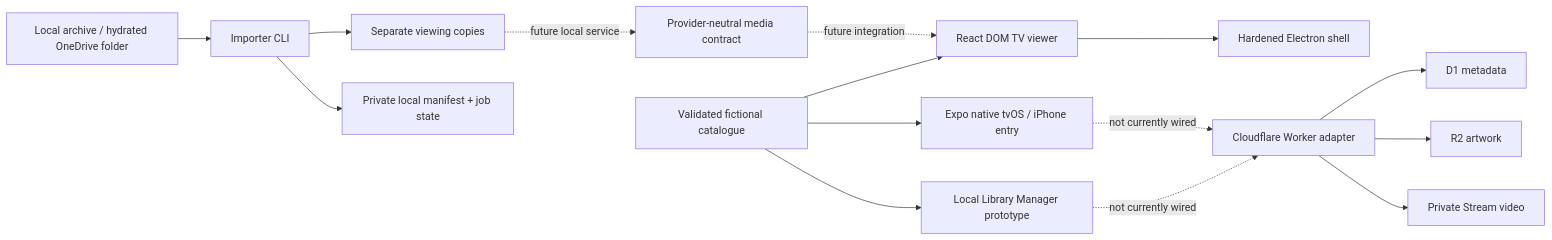
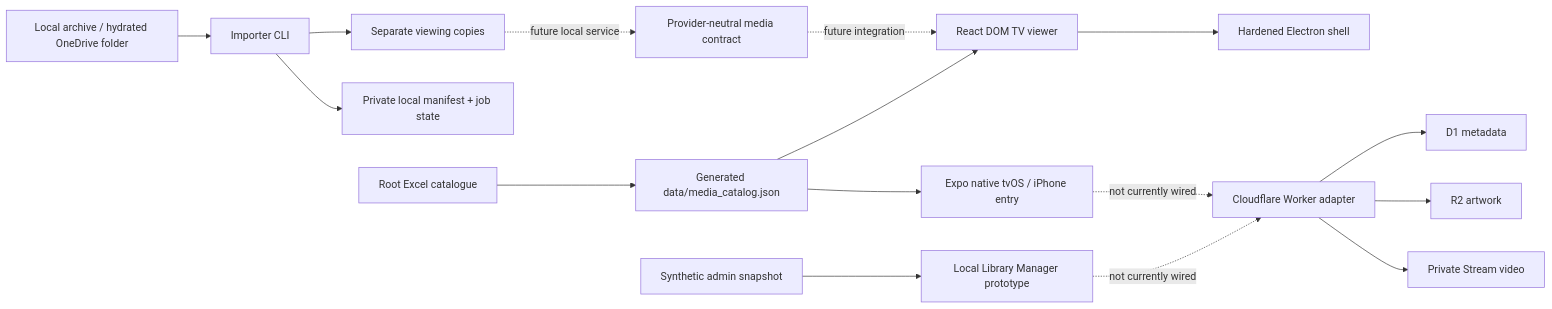
Before and after one commit to bramapeters97/lelibrambas-tv: the diagram in ARCHITECTURE.md, drawn with Mermaid. The commit also changed other lines of this file and 38 other files, not shown here.

````diff
--- a/ARCHITECTURE.md
+++ b/ARCHITECTURE.md
@@ -5,17 +5,18 @@
 ```mermaid
 flowchart LR
   Source["Local archive / hydrated OneDrive folder"] --> CLI["Importer CLI"]
   CLI --> Copies["Separate viewing copies"]
   CLI --> Manifest["Private local manifest + job state"]
-  Seed["Validated fictional catalogue"] --> Web["React DOM TV viewer"]
-  Seed --> Native["Expo native tvOS / iPhone entry"]
-  Seed --> Admin["Local Library Manager prototype"]
+  Workbook["Root Excel catalogue"] --> Json["Generated data/media_catalog.json"]
+  Json --> Web["React DOM TV viewer"]
+  Json --> Native["Expo native tvOS / iPhone entry"]
+  Seed["Synthetic admin snapshot"] --> Admin["Local Library Manager prototype"]
   Copies -. "future local service" .-> Provider["Provider-neutral media contract"]
   Provider -. "future integration" .-> Web
   Web --> Electron["Hardened Electron shell"]
   Admin -. "not currently wired" .-> Worker["Cloudflare Worker adapter"]
   Native -. "not currently wired" .-> Worker
   Worker --> D1["D1 metadata"]
   Worker --> R2["R2 artwork"]
   Worker --> Stream["Private Stream video"]
 ```
````
